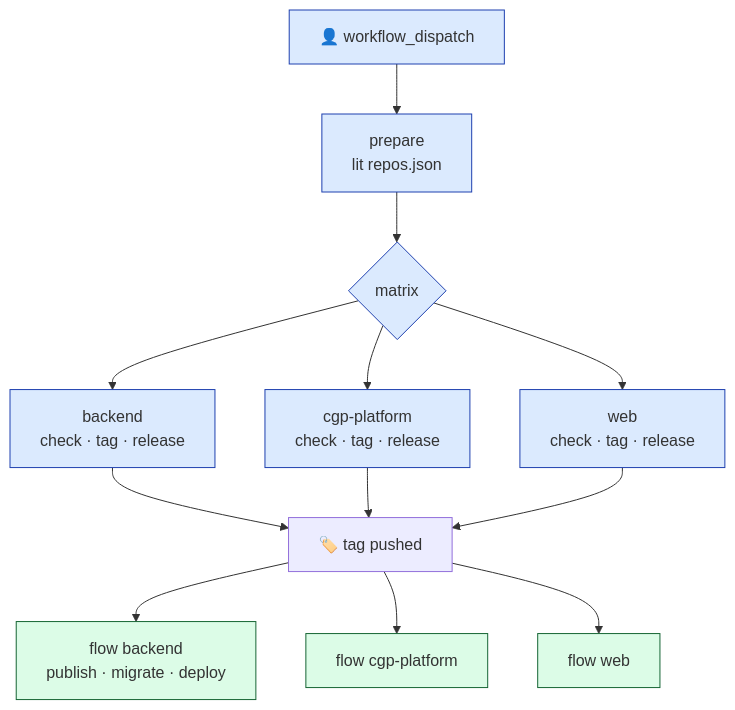
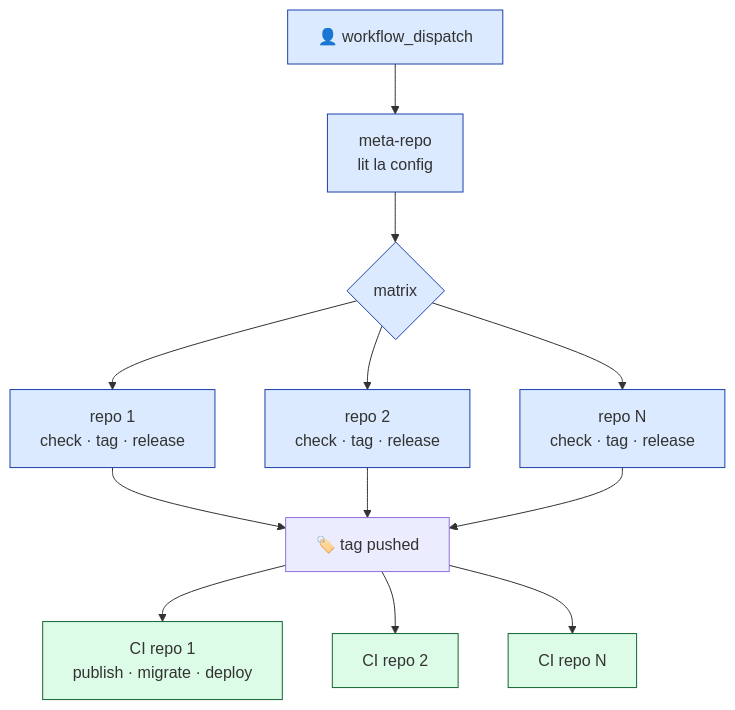
The diagram in slides.md (AxelMth/release-automation-talk), drawn with Mermaid before and after one commit. The commit also changed other lines of this file and 1 other file, not shown here.

````diff
--- a/slides.md
+++ b/slides.md
@@ -474,24 +276,24 @@
 ```mermaid {scale: 0.52}
 flowchart TD
-    A[👤 workflow_dispatch] --> B[prepare<br/>lit repos.json]
+    A[👤 workflow_dispatch] --> B[meta-repo<br/>lit la config]
     B --> C{matrix}
-    C --> D1[backend<br/>check · tag · release]
-    C --> D2[cgp-platform<br/>check · tag · release]
-    C --> D3[web<br/>check · tag · release]
+    C --> D1[repo 1<br/>check · tag · release]
+    C --> D2[repo 2<br/>check · tag · release]
+    C --> D3[repo N<br/>check · tag · release]
     D1 --> E[🏷️ tag pushed]
     D2 --> E
     D3 --> E
-    E --> F1[flow backend<br/>publish · migrate · deploy]
-    E --> F2[flow cgp-platform]
-    E --> F3[flow web]
+    E --> F1[CI repo 1<br/>publish · migrate · deploy]
+    E --> F2[CI repo 2]
+    E --> F3[CI repo N]
 
     style A fill:#dbeafe,stroke:#1e40af
     style B fill:#dbeafe,stroke:#1e40af
     style C fill:#dbeafe,stroke:#1e40af
     style D1 fill:#dbeafe,stroke:#1e40af
     style D2 fill:#dbeafe,stroke:#1e40af
     style D3 fill:#dbeafe,stroke:#1e40af
     style F1 fill:#dcfce7,stroke:#166534
     style F2 fill:#dcfce7,stroke:#166534
     style F3 fill:#dcfce7,stroke:#166534
 ```
````
